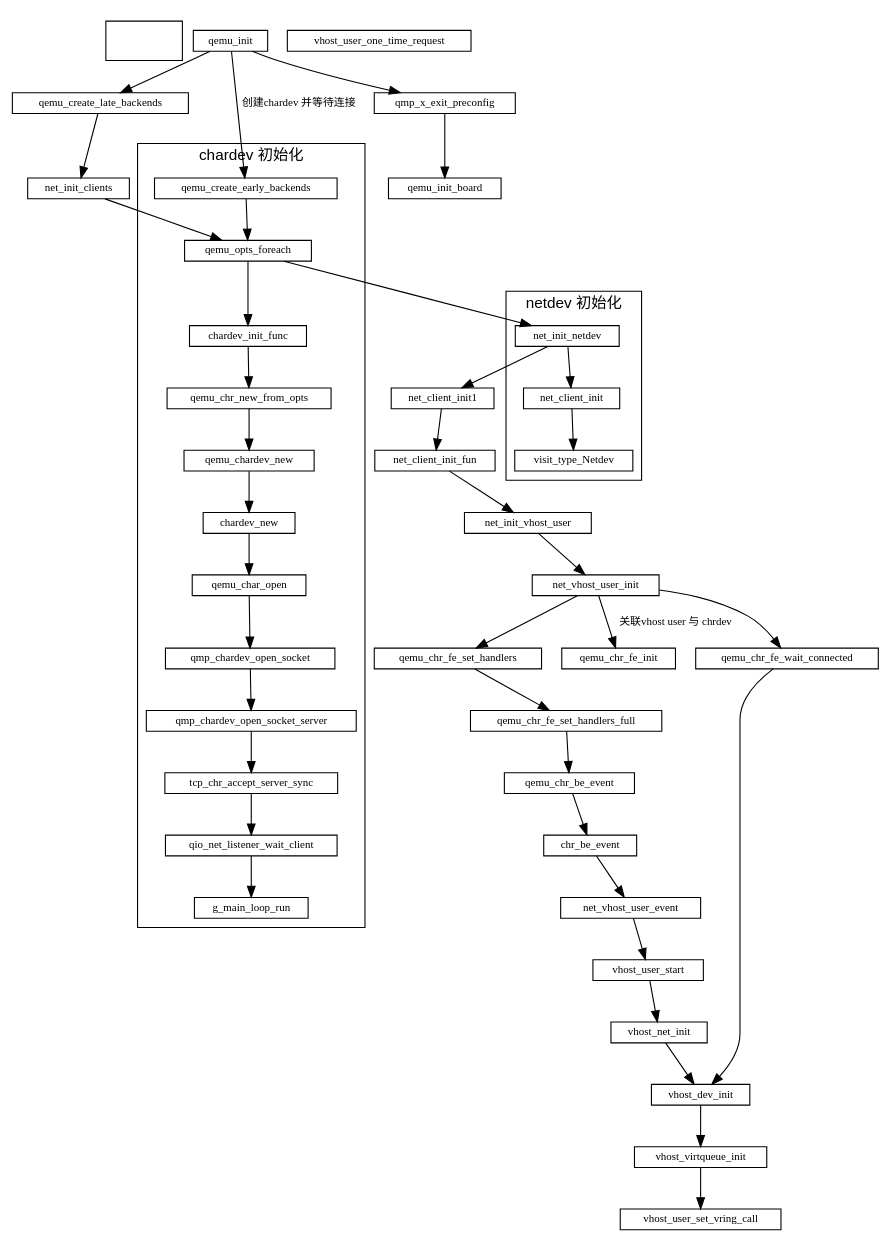
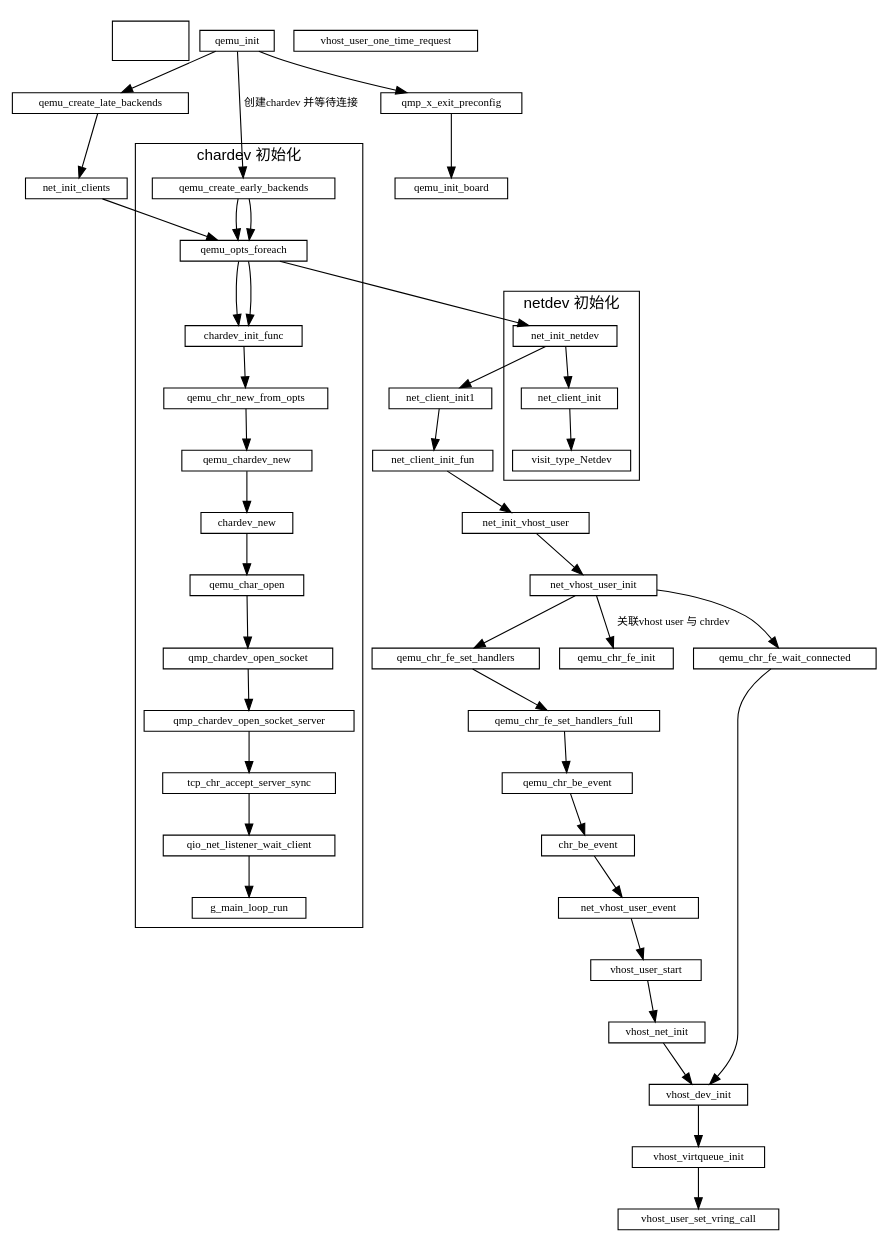
The diagram in qemu/qemu初始化.md (sisyphus1212/note), drawn with Graphviz before and after one commit.

Commit message:
auto_update

````diff
--- a/qemu/qemu初始化.md
+++ b/qemu/qemu初始化.md
@@ -11,71 +11,72 @@
 ```graphviz
 digraph {
     fontname="Helvetica,Arial,sans-serif"
     //node [fontname="Helvetica,Arial,sans-serif"]
     //edge [fontname="Helvetica,Arial,sans-serif"]
     //rankdir="LR"
     node [fontsize=10, shape=record, height=0.25]
     edge [fontsize=10]
 
     subgraph  {
         cluster=true
         fd  [style = invis]
     }
 
     qemu_init -> qemu_create_late_backends
               -> net_init_clients
               -> qemu_opts_foreach
               -> net_init_netdev
               -> net_client_init1
               -> net_client_init_fun
               -> net_init_vhost_user
               -> net_vhost_user_init
               -> qemu_chr_fe_wait_connected
               -> vhost_dev_init
     qemu_init -> qemu_create_early_backends[label="创建chardev 并等待连接"]
-
+                 qemu_create_early_backends -> qemu_opts_foreach
+                                           -> chardev_init_func
     subgraph netdev_init {
         label="netdev 初始化";
         cluster=true;
         net_init_netdev
         -> net_client_init
         -> visit_type_Netdev
     }
     subgraph chardev_init {
         label="chardev 初始化";
         cluster=true;
         qemu_create_early_backends -> qemu_opts_foreach
                         -> chardev_init_func
                         -> qemu_chr_new_from_opts
                         -> qemu_chardev_new
                         -> chardev_new
                         -> qemu_char_open
                         -> qmp_chardev_open_socket
                         -> qmp_chardev_open_socket_server
                         -> tcp_chr_accept_server_sync
                         -> qio_net_listener_wait_client
                         -> g_main_loop_run
     }
 
     net_vhost_user_init -> qemu_chr_fe_set_handlers
                         -> qemu_chr_fe_set_handlers_full
                         -> qemu_chr_be_event
                         -> chr_be_event
                         -> net_vhost_user_event
                         -> vhost_user_start
                         -> vhost_net_init
                         -> vhost_dev_init
                         -> vhost_virtqueue_init
                         -> vhost_user_set_vring_call
 
     net_vhost_user_init -> qemu_chr_fe_init[label="关联vhost user 与 chrdev"]
 
     qemu_init -> qmp_x_exit_preconfig -> qemu_init_board // 初始化cpu 内存
 
     vhost_dev_init
 
     net_vhost_user_event
 
     vhost_user_one_time_request
 }
 ```
````
